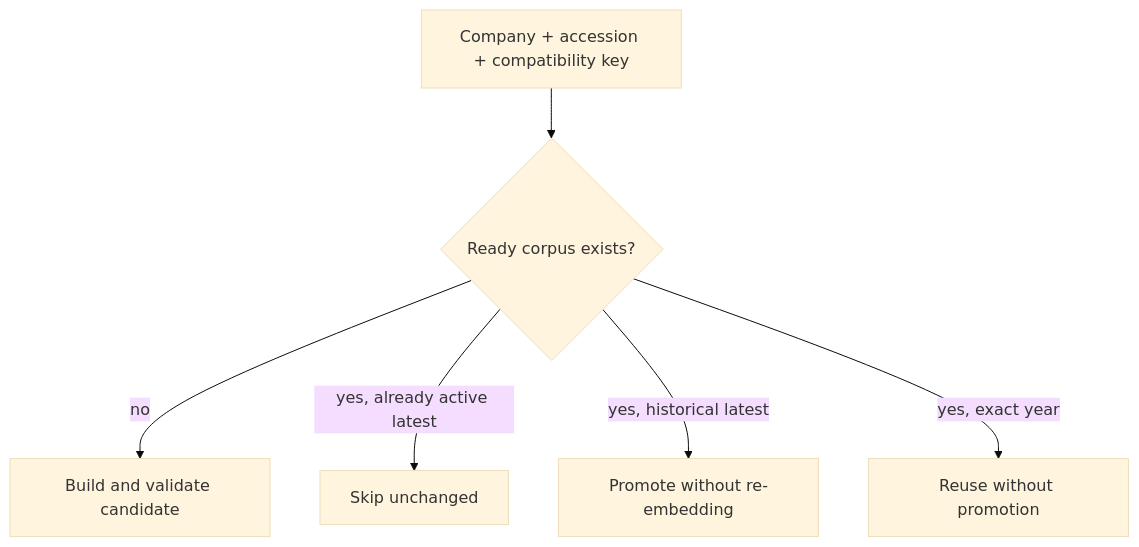
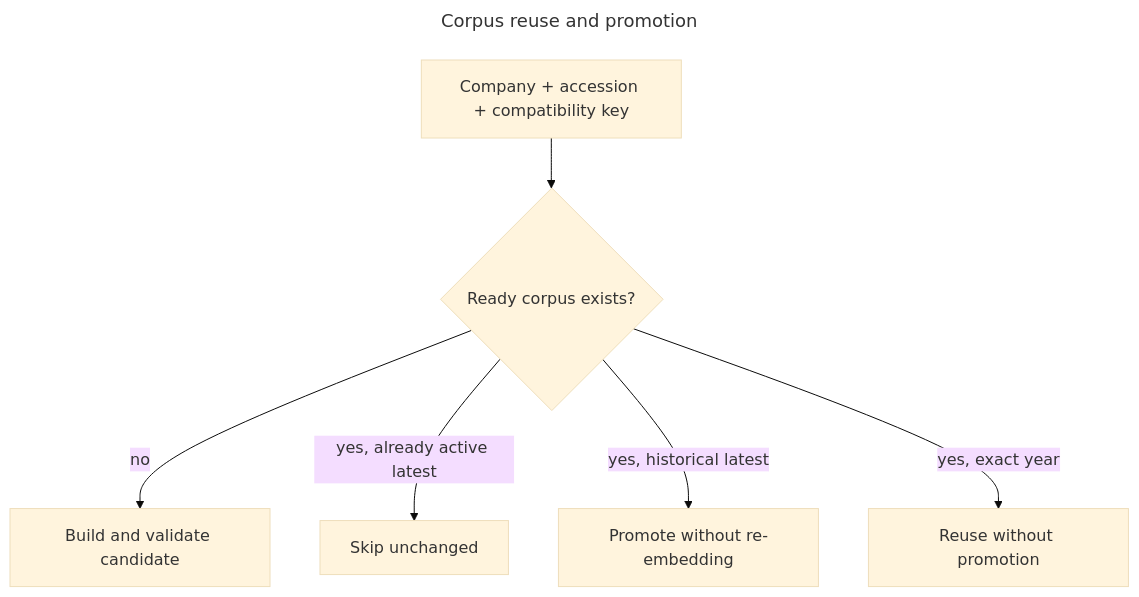
One commit to hongchit/sec-filing-rag-poc changed the third of 3 diagrams in docs/pipeline.md. Above: the diagram before and after it, drawn with Mermaid (base theme). The commit also changed other lines of this file and 43 other files, not shown here.

````diff
--- a/docs/pipeline.md
+++ b/docs/pipeline.md
@@ -122,8 +128,11 @@
 ```mermaid
+---
+title: Corpus reuse and promotion
+---
 flowchart TD
   K[Company + accession + compatibility key] --> R{Ready corpus exists?}
   R -- no --> B[Build and validate candidate]
   R -- yes, already active latest --> SK[Skip unchanged]
   R -- yes, historical latest --> PR[Promote without re-embedding]
   R -- yes, exact year --> EH[Reuse without promotion]
 ```
````
